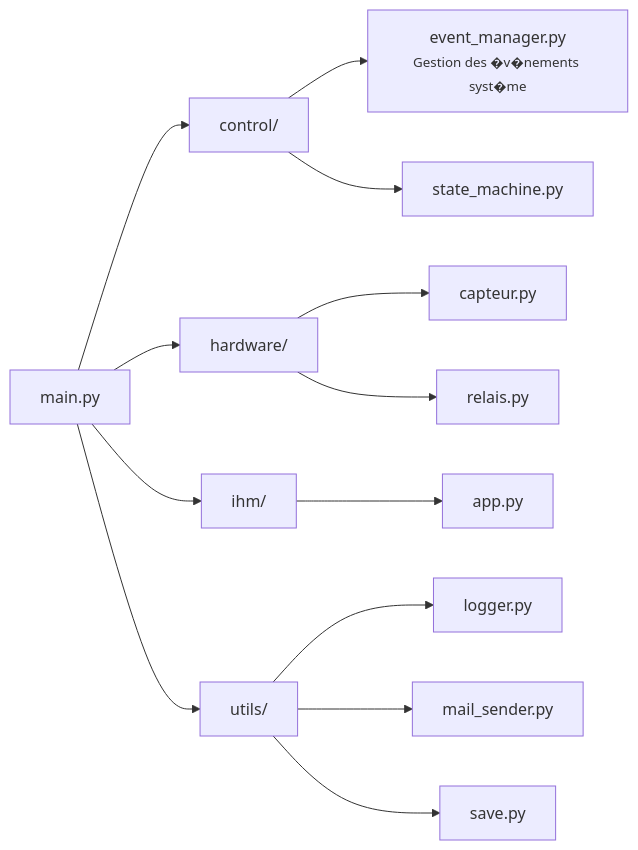
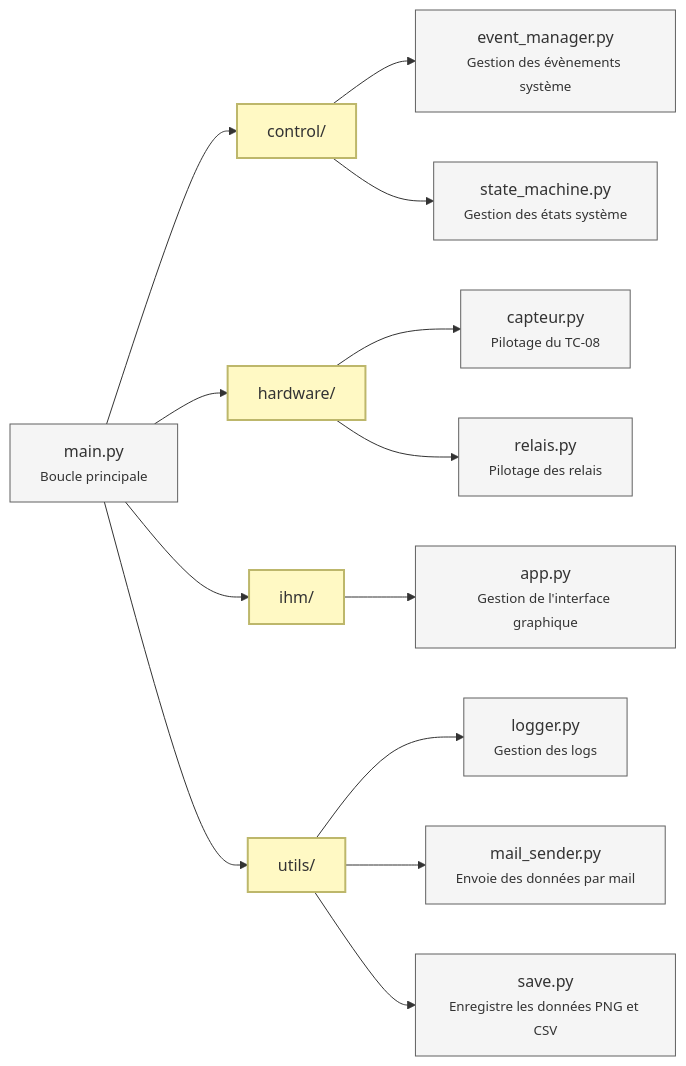
Before and after one commit to Mathieu-GRSSN/etuve-HALCYON: the diagram in README.md, drawn with Mermaid. The commit also changed other lines of this file, not shown here.

Commit message:
Amélioration README.md

````diff
--- a/README.md
+++ b/README.md
@@ -85,23 +85,29 @@
 ```mermaid
 flowchart LR
 
-    MAIN[main.py]
+    classDef folder fill:#FFF9C4,stroke:#BDB76B,stroke-width:2px;
+    classDef file fill:#F5F5F5,stroke:#616161,stroke-width:1px;
+
+    MAIN[main.py<br/><small>Boucle principale</small>]
 
     MAIN --> CONTROL[control/]
     MAIN --> HARDWARE[hardware/]
     MAIN --> IHM[ihm/]
     MAIN --> UTILS[utils/]
 
-    CONTROL --> EVENT[event_manager.py<br/><small>Gestion des �v�nements syst�me</small>]
-    CONTROL --> STATE[state_machine.py]
+    CONTROL --> EVENT[event_manager.py<br/><small>Gestion des évènements système</small>]
+    CONTROL --> STATE[state_machine.py<br/><small>Gestion des états système</small>]
 
-    HARDWARE --> CAPTEUR[capteur.py]
-    HARDWARE --> RELAIS[relais.py]
+    HARDWARE --> CAPTEUR[capteur.py<br/><small>Pilotage du TC-08</small>]
+    HARDWARE --> RELAIS[relais.py<br/><small>Pilotage des relais</small>]
 
-    IHM --> APP[app.py]
+    IHM --> APP[app.py<br/><small>Gestion de l'interface graphique</small>]
 
-    UTILS --> LOGGER[logger.py]
-    UTILS --> SEND[mail_sender.py]
-    UTILS --> SAVE[save.py]
+    UTILS --> LOGGER[logger.py<br/><small>Gestion des logs</small>]
+    UTILS --> SEND[mail_sender.py<br/><small>Envoie des données par mail</small>]
+    UTILS --> SAVE[save.py<br/><small>Enregistre les données PNG et CSV</small>]
+
+    class CONTROL,HARDWARE,IHM,UTILS folder;
+    class MAIN,EVENT,STATE,CAPTEUR,RELAIS,APP,LOGGER,SEND,SAVE file;
 
 ```
````
